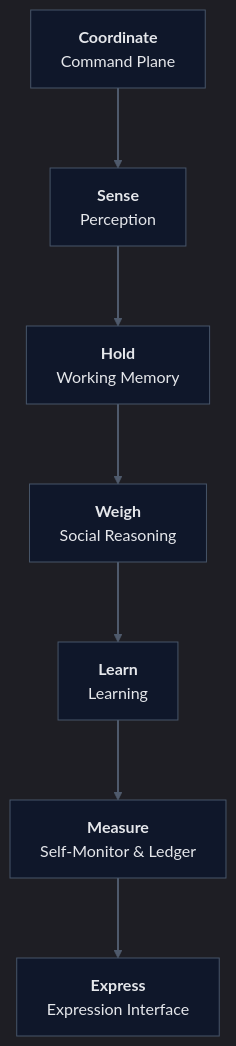
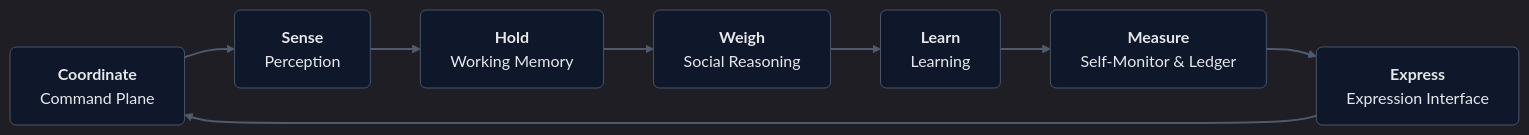
One commit to claritydelta/C-Master-Development-Narrative changed the diagram in charts/fig01_platform_map.mmd. Above: the diagram before and after it, drawn with Mermaid.

Commit message:
Refactor flowchart direction and styling

```diff
--- a/charts/fig01_platform_map.mmd
+++ b/charts/fig01_platform_map.mmd
@@ -1,17 +1,16 @@
-%% Notion-safe: enable HTML labels & nicer spacing
-%% (These options also live in mermaid.config.json; keeping them here ensures the CLI & preview match.)
-%%{init: {"theme": "dark", "flowchart": {"htmlLabels": true, "curve": "basis", "nodeSpacing": 60, "rankSpacing": 80}} }%%
-flowchart TD
-  %% Visual style for steps
-  classDef step fill:#0f172a,stroke:#475569,stroke-width:1px,color:#e5e7eb;
+%%{init: {"theme": "dark", "flowchart": {"htmlLabels": true, "curve": "basis"}} }%%
+flowchart LR
+  classDef step fill:#0f172a,stroke:#475569,stroke-width:1px,color:#e5e7eb,rx:6,ry:6,fontSize:16px;
+  classDef title fill:none,stroke:none,color:#94a3b8,fontSize:12px;
 
-  A["<b>Coordinate</b><br/>Command&nbsp;Plane"]:::step --> 
-  B["<b>Sense</b><br/>Perception"]:::step --> 
-  C["<b>Hold</b><br/>Working&nbsp;Memory"]:::step --> 
-  D["<b>Weigh</b><br/>Social&nbsp;Reasoning"]:::step --> 
-  E["<b>Learn</b><br/>Learning"]:::step --> 
-  F["<b>Measure</b><br/>Self-Monitor&nbsp;&amp;&nbsp;Ledger"]:::step --> 
-  G["<b>Express</b><br/>Expression&nbsp;Interface"]:::step
+  %% Top row: Feed-forward cognition
+  A["<b>Coordinate</b><br/>Command Plane"]:::step --> B["<b>Sense</b><br/>Perception"]:::step
+  B --> C["<b>Hold</b><br/>Working Memory"]:::step --> D["<b>Weigh</b><br/>Social Reasoning"]:::step
 
-  %% Optional: lighten connector styling
+  %% Bottom row: Feedback cognition
+  D --> E["<b>Learn</b><br/>Learning"]:::step --> F["<b>Measure</b><br/>Self-Monitor & Ledger"]:::step
+  F --> G["<b>Express</b><br/>Expression Interface"]:::step --> A
+
+  %% Background structure
   linkStyle default stroke:#64748B,stroke-width:2px,opacity:0.7;
+  class A,B,C,D,E,F,G step;
```
